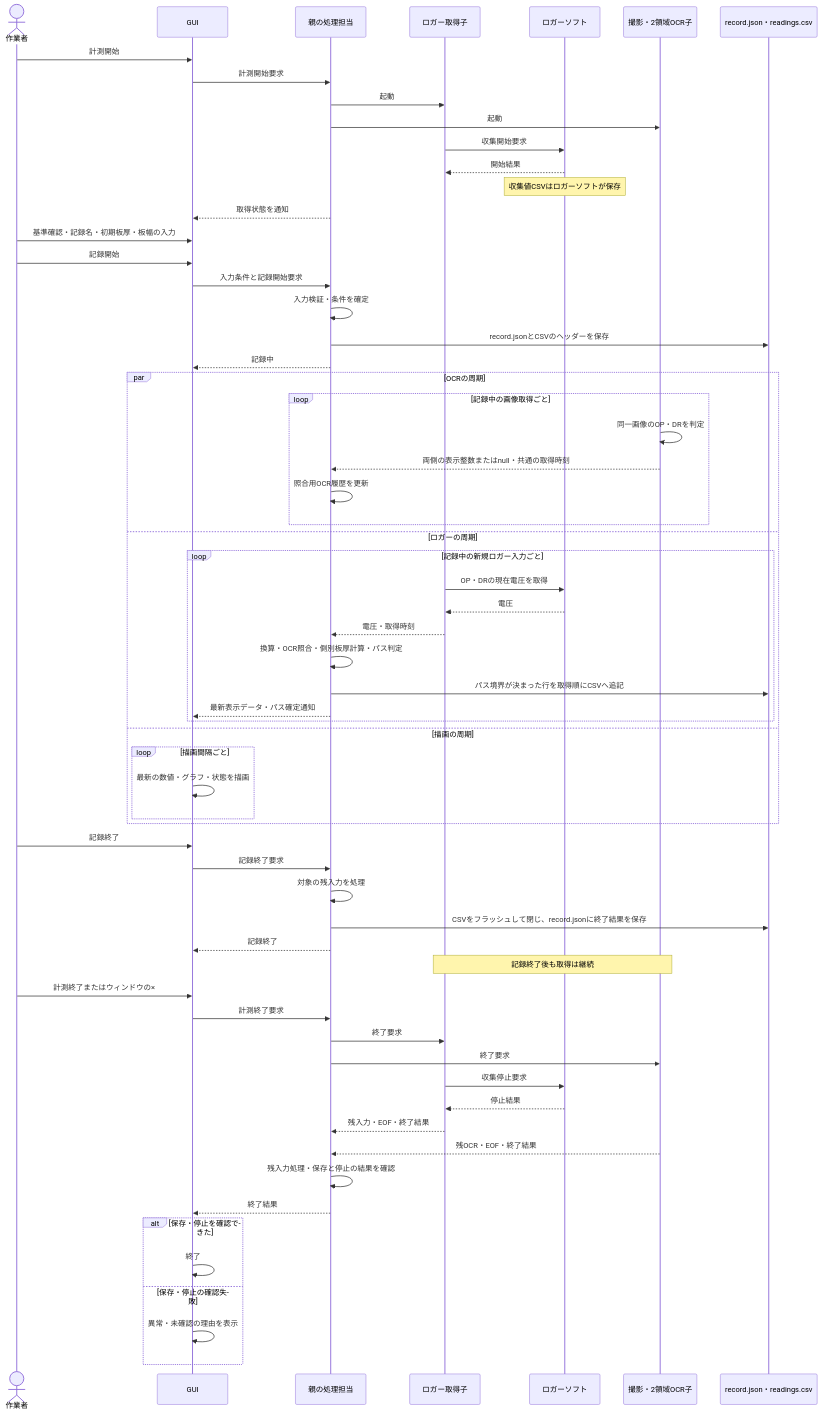
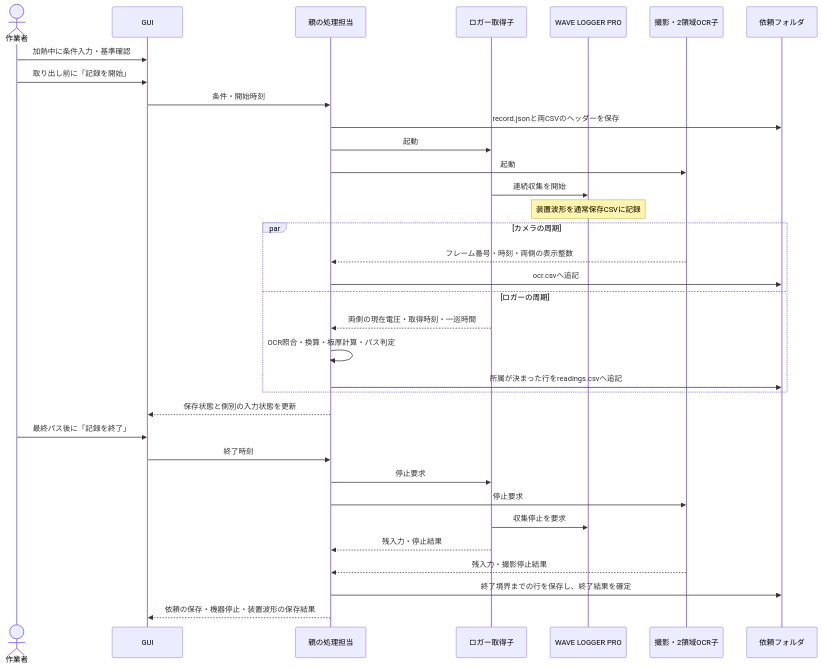
The second of 2 diagrams in scraps/logger-ocr-live/SYSTEM_PLAN.md (TkymHrt/code-scraps), drawn with Mermaid before and after one commit. The commit also changed other lines of this file and 1 other file, not shown here.

Commit message:
Update live logger and OCR recording architecture (#5)
- Clarify per-request capture flow, timing, and device shutdown
- Specify OCR and readings CSV fields and wave-save confirmation

````diff
--- a/scraps/logger-ocr-live/SYSTEM_PLAN.md
+++ b/scraps/logger-ocr-live/SYSTEM_PLAN.md
@@ -90,70 +89,37 @@
 ```mermaid
 sequenceDiagram
     actor U as 作業者
     participant G as GUI
     participant P as 親の処理担当
     participant L as ロガー取得子
-    participant W as ロガーソフト
+    participant W as WAVE LOGGER PRO
     participant O as 撮影・2領域OCR子
-    participant F as record.json・readings.csv
+    participant F as 依頼フォルダ
 
-    U->>G: 計測開始
-    G->>P: 計測開始要求
+    U->>G: 加熱中に条件入力・基準確認
+    U->>G: 取り出し前に「記録を開始」
+    G->>P: 条件・開始時刻
+    P->>F: record.jsonと両CSVのヘッダーを保存
     P->>L: 起動
     P->>O: 起動
-    L->>W: 収集開始要求
-    W-->>L: 開始結果
-    Note over W: 収集値CSVはロガーソフトが保存
-    P-->>G: 取得状態を通知
-
-    U->>G: 基準確認・記録名・初期板厚・板幅の入力
-    U->>G: 記録開始
-    G->>P: 入力条件と記録開始要求
-    P->>P: 入力検証・条件を確定
-    P->>F: record.jsonとCSVのヘッダーを保存
-    P-->>G: 記録中
-
-    par OCRの周期
-        loop 記録中の画像取得ごと
-            O->>O: 同一画像のOP・DRを判定
-            O-->>P: 両側の表示整数またはnull・共通の取得時刻
-            P->>P: 照合用OCR履歴を更新
-        end
+    L->>W: 連続収集を開始
+    Note over W: 装置波形を通常保存CSVに記録
+    par カメラの周期
+        O-->>P: フレーム番号・時刻・両側の表示整数
+        P->>F: ocr.csvへ追記
     and ロガーの周期
-        loop 記録中の新規ロガー入力ごと
-            L->>W: OP・DRの現在電圧を取得
-            W-->>L: 電圧
-            L-->>P: 電圧・取得時刻
-            P->>P: 換算・OCR照合・側別板厚計算・パス判定
-            P->>F: パス境界が決まった行を取得順にCSVへ追記
-            P-->>G: 最新表示データ・パス確定通知
-        end
-    and 描画の周期
-        loop 描画間隔ごと
-            G->>G: 最新の数値・グラフ・状態を描画
-        end
+        L-->>P: 両側の現在電圧・取得時刻・一巡時間
+        P->>P: OCR照合・換算・板厚計算・パス判定
+        P->>F: 所属が決まった行をreadings.csvへ追記
     end
-
-    U->>G: 記録終了
-    G->>P: 記録終了要求
-    P->>P: 対象の残入力を処理
-    P->>F: CSVをフラッシュして閉じ、record.jsonに終了結果を保存
-    P-->>G: 記録終了
-    Note over L,O: 記録終了後も取得は継続
-
-    U->>G: 計測終了またはウィンドウの×
-    G->>P: 計測終了要求
-    P->>L: 終了要求
-    P->>O: 終了要求
-    L->>W: 収集停止要求
-    W-->>L: 停止結果
-    L-->>P: 残入力・EOF・終了結果
-    O-->>P: 残OCR・EOF・終了結果
-    P->>P: 残入力処理・保存と停止の結果を確認
-    P-->>G: 終了結果
-    alt 保存・停止を確認できた
-        G->>G: 終了
-    else 保存・停止の確認失敗
-        G->>G: 異常・未確認の理由を表示
-    end
+    P-->>G: 保存状態と側別の入力状態を更新
+    U->>G: 最終パス後に「記録を終了」
+    G->>P: 終了時刻
+    P->>L: 停止要求
+    P->>O: 停止要求
+    L->>W: 収集停止を要求
+    L-->>P: 残入力・停止結果
+    O-->>P: 残入力・撮影停止結果
+    P->>F: 終了境界までの行を保存し、終了結果を確定
+    P-->>G: 依頼の保存・機器停止・装置波形の保存結果
 ```
````
